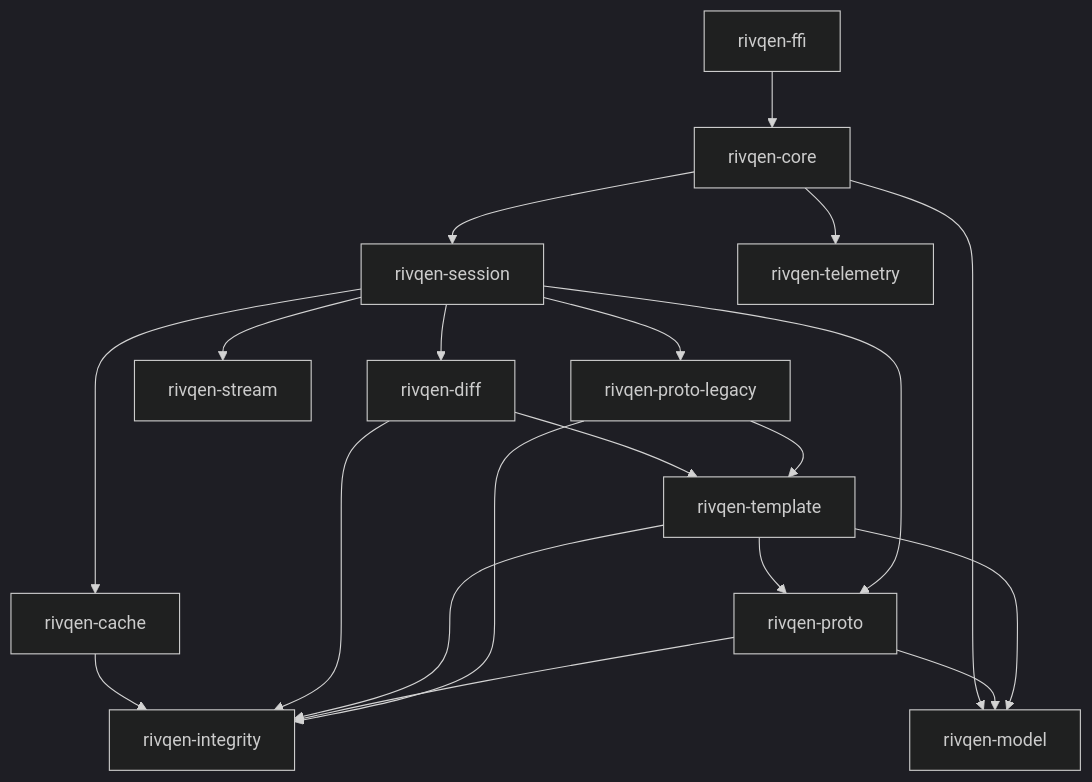
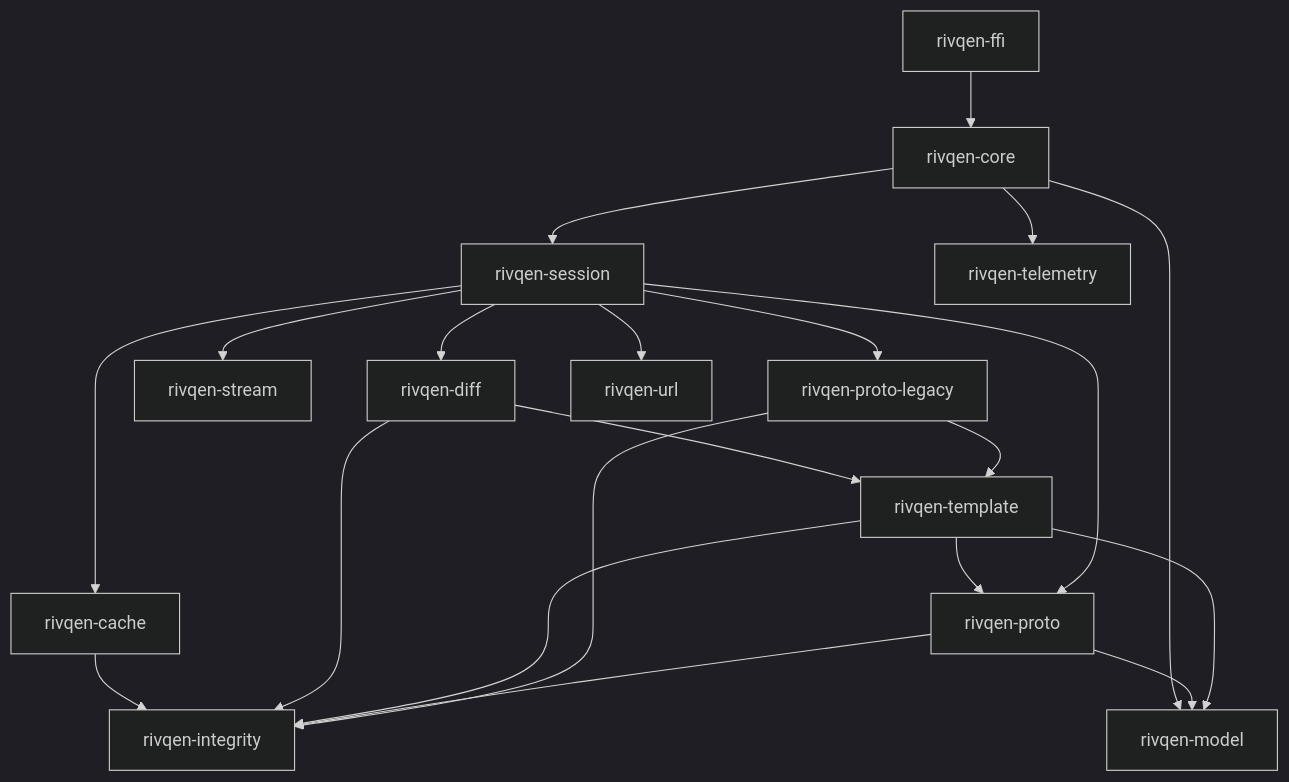
One commit to robotoss/rivqen changed the diagram in docs/engineering/core/index.md. Above: the diagram before and after it, drawn with Mermaid (dark theme). The commit also changed other lines of this file and 5 other files, not shown here.

First line of the commit message:
docs(wp-08): name rivqen-url in the mutation table, the crate graph and stale comments

````diff
--- a/docs/engineering/core/index.md
+++ b/docs/engineering/core/index.md
@@ -42,22 +42,23 @@
 ```mermaid
 flowchart TD
   ffi[rivqen-ffi] --> core[rivqen-core]
   core --> session[rivqen-session]
   core --> tele[rivqen-telemetry]
   session --> p1[rivqen-proto-legacy]
   session --> p2[rivqen-proto]
   session --> cache[rivqen-cache]
   session --> stream[rivqen-stream]
   session --> diff[rivqen-diff]
+  session --> url[rivqen-url]
   p1 --> tpl[rivqen-template]
   p1 --> integ[rivqen-integrity]
   p2 --> integ
   diff --> tpl
   tpl --> p2
   tpl --> integ
   tpl --> model
   diff --> integ
   cache --> integ
   p2 --> model[rivqen-model]
   core --> model
 ```
````
